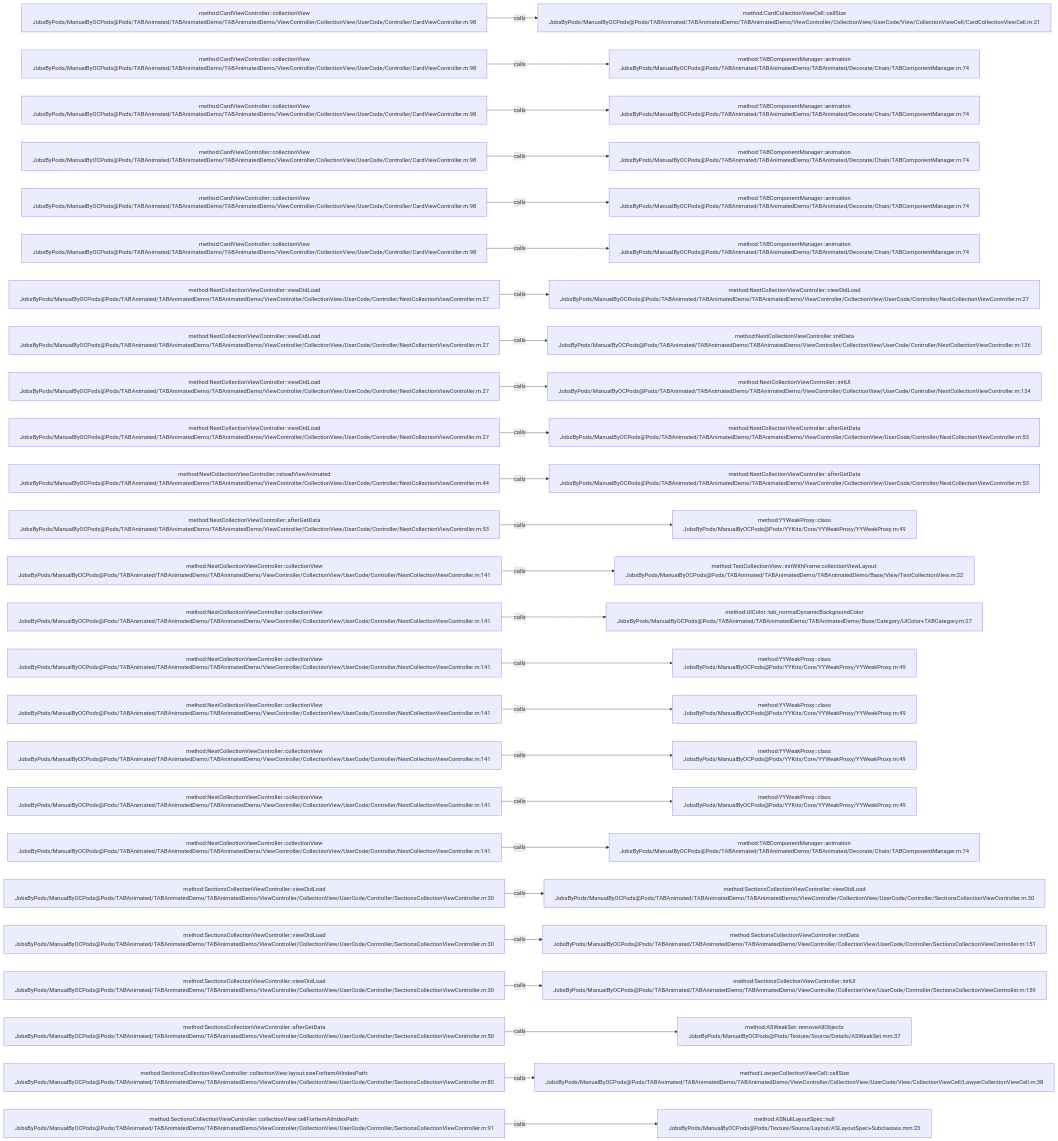
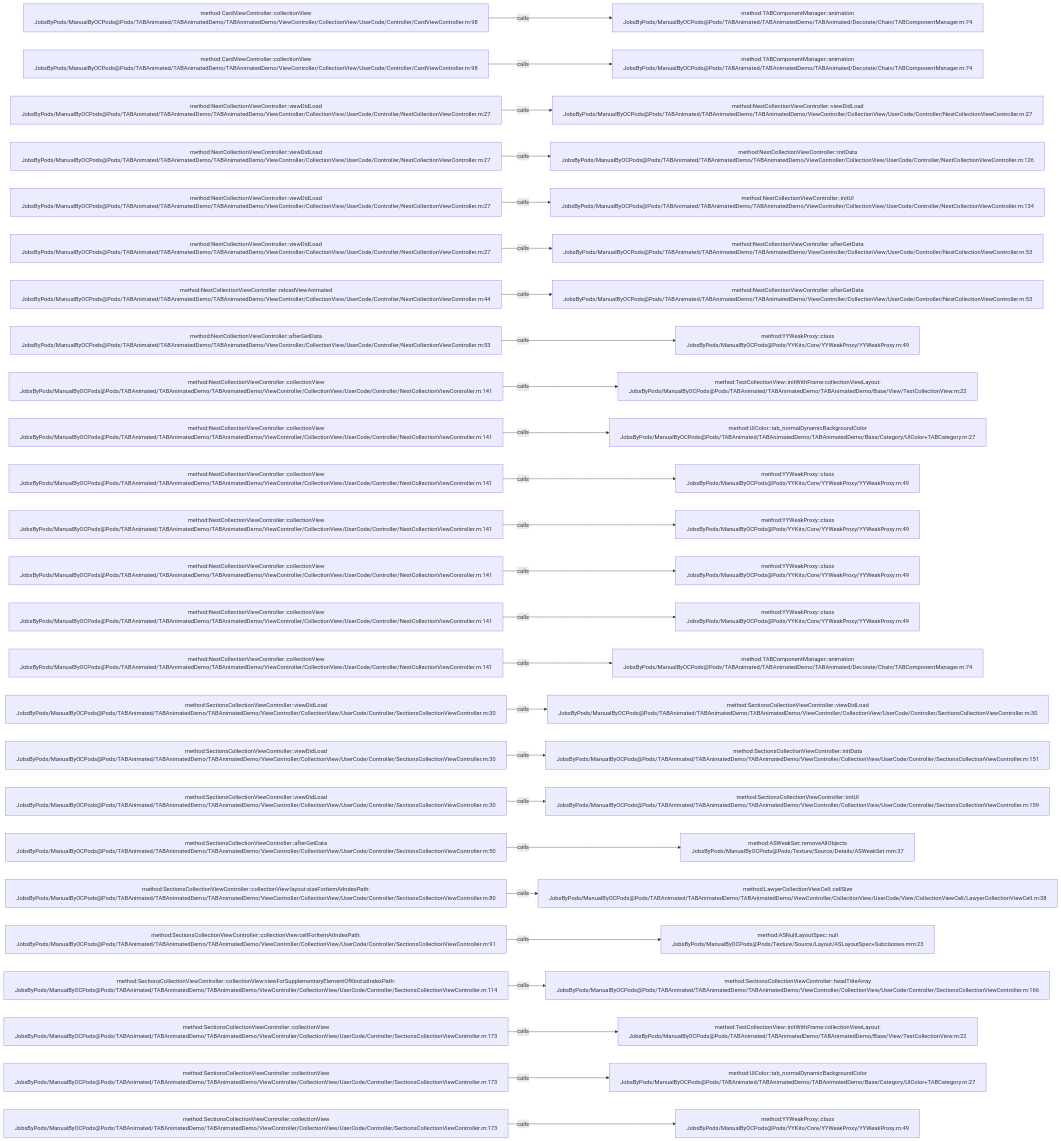
The diagram in .codegraph/codegraph.md/graphs/calls-048.md (JobsKits/JobsOCBaseConfigDemo), drawn with Mermaid before and after one commit. The commit also changed 727 other files, not shown here.

````diff
--- a/.codegraph/codegraph.md/graphs/calls-048.md
+++ b/.codegraph/codegraph.md/graphs/calls-048.md
@@ -13,78 +13,78 @@
 ```mermaid
 flowchart LR
   S1["method:CardViewController::collectionView<br/>JobsByPods/ManualByOCPods@Pods/TABAnimated/TABAnimatedDemo/TABAnimatedDemo/ViewController/CollectionView/UserCode/Controller/CardViewController.m:98"]
-  T1["method:CardCollectionViewCell::cellSize<br/>JobsByPods/ManualByOCPods@Pods/TABAnimated/TABAnimatedDemo/TABAnimatedDemo/ViewController/CollectionView/UserCode/View/CollectionViewCell/CardCollectionViewCell.m:21"]
+  T1["method:TABComponentManager::animation<br/>JobsByPods/ManualByOCPods@Pods/TABAnimated/TABAnimatedDemo/TABAnimated/Decorate/Chain/TABComponentManager.m:74"]
   S1 -->|calls| T1
   S2["method:CardViewController::collectionView<br/>JobsByPods/ManualByOCPods@Pods/TABAnimated/TABAnimatedDemo/TABAnimatedDemo/ViewController/CollectionView/UserCode/Controller/CardViewController.m:98"]
   T2["method:TABComponentManager::animation<br/>JobsByPods/ManualByOCPods@Pods/TABAnimated/TABAnimatedDemo/TABAnimated/Decorate/Chain/TABComponentManager.m:74"]
   S2 -->|calls| T2
-  S3["method:CardViewController::collectionView<br/>JobsByPods/ManualByOCPods@Pods/TABAnimated/TABAnimatedDemo/TABAnimatedDemo/ViewController/CollectionView/UserCode/Controller/CardViewController.m:98"]
-  T3["method:TABComponentManager::animation<br/>JobsByPods/ManualByOCPods@Pods/TABAnimated/TABAnimatedDemo/TABAnimated/Decorate/Chain/TABComponentManager.m:74"]
+  S3["method:NestCollectionViewController::viewDidLoad<br/>JobsByPods/ManualByOCPods@Pods/TABAnimated/TABAnimatedDemo/TABAnimatedDemo/ViewController/CollectionView/UserCode/Controller/NestCollectionViewController.m:27"]
+  T3["method:NestCollectionViewController::viewDidLoad<br/>JobsByPods/ManualByOCPods@Pods/TABAnimated/TABAnimatedDemo/TABAnimatedDemo/ViewController/CollectionView/UserCode/Controller/NestCollectionViewController.m:27"]
   S3 -->|calls| T3
-  S4["method:CardViewController::collectionView<br/>JobsByPods/ManualByOCPods@Pods/TABAnimated/TABAnimatedDemo/TABAnimatedDemo/ViewController/CollectionView/UserCode/Controller/CardViewController.m:98"]
-  T4["method:TABComponentManager::animation<br/>JobsByPods/ManualByOCPods@Pods/TABAnimated/TABAnimatedDemo/TABAnimated/Decorate/Chain/TABComponentManager.m:74"]
+  S4["method:NestCollectionViewController::viewDidLoad<br/>JobsByPods/ManualByOCPods@Pods/TABAnimated/TABAnimatedDemo/TABAnimatedDemo/ViewController/CollectionView/UserCode/Controller/NestCollectionViewController.m:27"]
+  T4["method:NestCollectionViewController::initData<br/>JobsByPods/ManualByOCPods@Pods/TABAnimated/TABAnimatedDemo/TABAnimatedDemo/ViewController/CollectionView/UserCode/Controller/NestCollectionViewController.m:126"]
   S4 -->|calls| T4
-  S5["method:CardViewController::collectionView<br/>JobsByPods/ManualByOCPods@Pods/TABAnimated/TABAnimatedDemo/TABAnimatedDemo/ViewController/CollectionView/UserCode/Controller/CardViewController.m:98"]
-  T5["method:TABComponentManager::animation<br/>JobsByPods/ManualByOCPods@Pods/TABAnimated/TABAnimatedDemo/TABAnimated/Decorate/Chain/TABComponentManager.m:74"]
+  S5["method:NestCollectionViewController::viewDidLoad<br/>JobsByPods/ManualByOCPods@Pods/TABAnimated/TABAnimatedDemo/TABAnimatedDemo/ViewController/CollectionView/UserCode/Controller/NestCollectionViewController.m:27"]
+  T5["method:NestCollectionViewController::initUI<br/>JobsByPods/ManualByOCPods@Pods/TABAnimated/TABAnimatedDemo/TABAnimatedDemo/ViewController/CollectionView/UserCode/Controller/NestCollectionViewController.m:134"]
   S5 -->|calls| T5
-  S6["method:CardViewController::collectionView<br/>JobsByPods/ManualByOCPods@Pods/TABAnimated/TABAnimatedDemo/TABAnimatedDemo/ViewController/CollectionView/UserCode/Controller/CardViewController.m:98"]
-  T6["method:TABComponentManager::animation<br/>JobsByPods/ManualByOCPods@Pods/TABAnimated/TABAnimatedDemo/TABAnimated/Decorate/Chain/TABComponentManager.m:74"]
+  S6["method:NestCollectionViewController::viewDidLoad<br/>JobsByPods/ManualByOCPods@Pods/TABAnimated/TABAnimatedDemo/TABAnimatedDemo/ViewController/CollectionView/UserCode/Controller/NestCollectionViewController.m:27"]
+  T6["method:NestCollectionViewController::afterGetData<br/>JobsByPods/ManualByOCPods@Pods/TABAnimated/TABAnimatedDemo/TABAnimatedDemo/ViewController/CollectionView/UserCode/Controller/NestCollectionViewController.m:53"]
   S6 -->|calls| T6
-  S7["method:NestCollectionViewController::viewDidLoad<br/>JobsByPods/ManualByOCPods@Pods/TABAnimated/TABAnimatedDemo/TABAnimatedDemo/ViewController/CollectionView/UserCode/Controller/NestCollectionViewController.m:27"]
-  T7["method:NestCollectionViewController::viewDidLoad<br/>JobsByPods/ManualByOCPods@Pods/TABAnimated/TABAnimatedDemo/TABAnimatedDemo/ViewController/CollectionView/UserCode/Controller/NestCollectionViewController.m:27"]
+  S7["method:NestCollectionViewController::reloadViewAnimated<br/>JobsByPods/ManualByOCPods@Pods/TABAnimated/TABAnimatedDemo/TABAnimatedDemo/ViewController/CollectionView/UserCode/Controller/NestCollectionViewController.m:44"]
+  T7["method:NestCollectionViewController::afterGetData<br/>JobsByPods/ManualByOCPods@Pods/TABAnimated/TABAnimatedDemo/TABAnimatedDemo/ViewController/CollectionView/UserCode/Controller/NestCollectionViewController.m:53"]
   S7 -->|calls| T7
-  S8["method:NestCollectionViewController::viewDidLoad<br/>JobsByPods/ManualByOCPods@Pods/TABAnimated/TABAnimatedDemo/TABAnimatedDemo/ViewController/CollectionView/UserCode/Controller/NestCollectionViewController.m:27"]
-  T8["method:NestCollectionViewController::initData<br/>JobsByPods/ManualByOCPods@Pods/TABAnimated/TABAnimatedDemo/TABAnimatedDemo/ViewController/CollectionView/UserCode/Controller/NestCollectionViewController.m:126"]
+  S8["method:NestCollectionViewController::afterGetData<br/>JobsByPods/ManualByOCPods@Pods/TABAnimated/TABAnimatedDemo/TABAnimatedDemo/ViewController/CollectionView/UserCode/Controller/NestCollectionViewController.m:53"]
+  T8["method:YYWeakProxy::class<br/>JobsByPods/ManualByOCPods@Pods/YYKits/Core/YYWeakProxy/YYWeakProxy.m:49"]
   S8 -->|calls| T8
-  S9["method:NestCollectionViewController::viewDidLoad<br/>JobsByPods/ManualByOCPods@Pods/TABAnimated/TABAnimatedDemo/TABAnimatedDemo/ViewController/CollectionView/UserCode/Controller/NestCollectionViewController.m:27"]
-  T9["method:NestCollectionViewController::initUI<br/>JobsByPods/ManualByOCPods@Pods/TABAnimated/TABAnimatedDemo/TABAnimatedDemo/ViewController/CollectionView/UserCode/Controller/NestCollectionViewController.m:134"]
+  S9["method:NestCollectionViewController::collectionView<br/>JobsByPods/ManualByOCPods@Pods/TABAnimated/TABAnimatedDemo/TABAnimatedDemo/ViewController/CollectionView/UserCode/Controller/NestCollectionViewController.m:141"]
+  T9["method:TestCollectionView::initWithFrame:collectionViewLayout:<br/>JobsByPods/ManualByOCPods@Pods/TABAnimated/TABAnimatedDemo/TABAnimatedDemo/Base/View/TestCollectionView.m:22"]
   S9 -->|calls| T9
-  S10["method:NestCollectionViewController::viewDidLoad<br/>JobsByPods/ManualByOCPods@Pods/TABAnimated/TABAnimatedDemo/TABAnimatedDemo/ViewController/CollectionView/UserCode/Controller/NestCollectionViewController.m:27"]
-  T10["method:NestCollectionViewController::afterGetData<br/>JobsByPods/ManualByOCPods@Pods/TABAnimated/TABAnimatedDemo/TABAnimatedDemo/ViewController/CollectionView/UserCode/Controller/NestCollectionViewController.m:53"]
+  S10["method:NestCollectionViewController::collectionView<br/>JobsByPods/ManualByOCPods@Pods/TABAnimated/TABAnimatedDemo/TABAnimatedDemo/ViewController/CollectionView/UserCode/Controller/NestCollectionViewController.m:141"]
+  T10["method:UIColor::tab_normalDynamicBackgroundColor<br/>JobsByPods/ManualByOCPods@Pods/TABAnimated/TABAnimatedDemo/TABAnimatedDemo/Base/Category/UIColor+TABCategory.m:27"]
   S10 -->|calls| T10
-  S11["method:NestCollectionViewController::reloadViewAnimated<br/>JobsByPods/ManualByOCPods@Pods/TABAnimated/TABAnimatedDemo/TABAnimatedDemo/ViewController/CollectionView/UserCode/Controller/NestCollectionViewController.m:44"]
-  T11["method:NestCollectionViewController::afterGetData<br/>JobsByPods/ManualByOCPods@Pods/TABAnimated/TABAnimatedDemo/TABAnimatedDemo/ViewController/CollectionView/UserCode/Controller/NestCollectionViewController.m:53"]
+  S11["method:NestCollectionViewController::collectionView<br/>JobsByPods/ManualByOCPods@Pods/TABAnimated/TABAnimatedDemo/TABAnimatedDemo/ViewController/CollectionView/UserCode/Controller/NestCollectionViewController.m:141"]
+  T11["method:YYWeakProxy::class<br/>JobsByPods/ManualByOCPods@Pods/YYKits/Core/YYWeakProxy/YYWeakProxy.m:49"]
   S11 -->|calls| T11
-  S12["method:NestCollectionViewController::afterGetData<br/>JobsByPods/ManualByOCPods@Pods/TABAnimated/TABAnimatedDemo/TABAnimatedDemo/ViewController/CollectionView/UserCode/Controller/NestCollectionViewController.m:53"]
+  S12["method:NestCollectionViewController::collectionView<br/>JobsByPods/ManualByOCPods@Pods/TABAnimated/TABAnimatedDemo/TABAnimatedDemo/ViewController/CollectionView/UserCode/Controller/NestCollectionViewController.m:141"]
   T12["method:YYWeakProxy::class<br/>JobsByPods/ManualByOCPods@Pods/YYKits/Core/YYWeakProxy/YYWeakProxy.m:49"]
   S12 -->|calls| T12
   S13["method:NestCollectionViewController::collectionView<br/>JobsByPods/ManualByOCPods@Pods/TABAnimated/TABAnimatedDemo/TABAnimatedDemo/ViewController/CollectionView/UserCode/Controller/NestCollectionViewController.m:141"]
-  T13["method:TestCollectionView::initWithFrame:collectionViewLayout:<br/>JobsByPods/ManualByOCPods@Pods/TABAnimated/TABAnimatedDemo/TABAnimatedDemo/Base/View/TestCollectionView.m:22"]
+  T13["method:YYWeakProxy::class<br/>JobsByPods/ManualByOCPods@Pods/YYKits/Core/YYWeakProxy/YYWeakProxy.m:49"]
   S13 -->|calls| T13
   S14["method:NestCollectionViewController::collectionView<br/>JobsByPods/ManualByOCPods@Pods/TABAnimated/TABAnimatedDemo/TABAnimatedDemo/ViewController/CollectionView/UserCode/Controller/NestCollectionViewController.m:141"]
-  T14["method:UIColor::tab_normalDynamicBackgroundColor<br/>JobsByPods/ManualByOCPods@Pods/TABAnimated/TABAnimatedDemo/TABAnimatedDemo/Base/Category/UIColor+TABCategory.m:27"]
+  T14["method:YYWeakProxy::class<br/>JobsByPods/ManualByOCPods@Pods/YYKits/Core/YYWeakProxy/YYWeakProxy.m:49"]
   S14 -->|calls| T14
   S15["method:NestCollectionViewController::collectionView<br/>JobsByPods/ManualByOCPods@Pods/TABAnimated/TABAnimatedDemo/TABAnimatedDemo/ViewController/CollectionView/UserCode/Controller/NestCollectionViewController.m:141"]
-  T15["method:YYWeakProxy::class<br/>JobsByPods/ManualByOCPods@Pods/YYKits/Core/YYWeakProxy/YYWeakProxy.m:49"]
+  T15["method:TABComponentManager::animation<br/>JobsByPods/ManualByOCPods@Pods/TABAnimated/TABAnimatedDemo/TABAnimated/Decorate/Chain/TABComponentManager.m:74"]
   S15 -->|calls| T15
-  S16["method:NestCollectionViewController::collectionView<br/>JobsByPods/ManualByOCPods@Pods/TABAnimated/TABAnimatedDemo/TABAnimatedDemo/ViewController/CollectionView/UserCode/Controller/NestCollectionViewController.m:141"]
-  T16["method:YYWeakProxy::class<br/>JobsByPods/ManualByOCPods@Pods/YYKits/Core/YYWeakProxy/YYWeakProxy.m:49"]
+  S16["method:SectionsCollectionViewController::viewDidLoad<br/>JobsByPods/ManualByOCPods@Pods/TABAnimated/TABAnimatedDemo/TABAnimatedDemo/ViewController/CollectionView/UserCode/Controller/SectionsCollectionViewController.m:30"]
+  T16["method:SectionsCollectionViewController::viewDidLoad<br/>JobsByPods/ManualByOCPods@Pods/TABAnimated/TABAnimatedDemo/TABAnimatedDemo/ViewController/CollectionView/UserCode/Controller/SectionsCollectionViewController.m:30"]
   S16 -->|calls| T16
-  S17["method:NestCollectionViewController::collectionView<br/>JobsByPods/ManualByOCPods@Pods/TABAnimated/TABAnimatedDemo/TABAnimatedDemo/ViewController/CollectionView/UserCode/Controller/NestCollectionViewController.m:141"]
-  T17["method:YYWeakProxy::class<br/>JobsByPods/ManualByOCPods@Pods/YYKits/Core/YYWeakProxy/YYWeakProxy.m:49"]
+  S17["method:SectionsCollectionViewController::viewDidLoad<br/>JobsByPods/ManualByOCPods@Pods/TABAnimated/TABAnimatedDemo/TABAnimatedDemo/ViewController/CollectionView/UserCode/Controller/SectionsCollectionViewController.m:30"]
+  T17["method:SectionsCollectionViewController::initData<br/>JobsByPods/ManualByOCPods@Pods/TABAnimated/TABAnimatedDemo/TABAnimatedDemo/ViewController/CollectionView/UserCode/Controller/SectionsCollectionViewController.m:151"]
   S17 -->|calls| T17
-  S18["method:NestCollectionViewController::collectionView<br/>JobsByPods/ManualByOCPods@Pods/TABAnimated/TABAnimatedDemo/TABAnimatedDemo/ViewController/CollectionView/UserCode/Controller/NestCollectionViewController.m:141"]
-  T18["method:YYWeakProxy::class<br/>JobsByPods/ManualByOCPods@Pods/YYKits/Core/YYWeakProxy/YYWeakProxy.m:49"]
+  S18["method:SectionsCollectionViewController::viewDidLoad<br/>JobsByPods/ManualByOCPods@Pods/TABAnimated/TABAnimatedDemo/TABAnimatedDemo/ViewController/CollectionView/UserCode/Controller/SectionsCollectionViewController.m:30"]
+  T18["method:SectionsCollectionViewController::initUI<br/>JobsByPods/ManualByOCPods@Pods/TABAnimated/TABAnimatedDemo/TABAnimatedDemo/ViewController/CollectionView/UserCode/Controller/SectionsCollectionViewController.m:159"]
   S18 -->|calls| T18
-  S19["method:NestCollectionViewController::collectionView<br/>JobsByPods/ManualByOCPods@Pods/TABAnimated/TABAnimatedDemo/TABAnimatedDemo/ViewController/CollectionView/UserCode/Controller/NestCollectionViewController.m:141"]
-  T19["method:TABComponentManager::animation<br/>JobsByPods/ManualByOCPods@Pods/TABAnimated/TABAnimatedDemo/TABAnimated/Decorate/Chain/TABComponentManager.m:74"]
+  S19["method:SectionsCollectionViewController::afterGetData<br/>JobsByPods/ManualByOCPods@Pods/TABAnimated/TABAnimatedDemo/TABAnimatedDemo/ViewController/CollectionView/UserCode/Controller/SectionsCollectionViewController.m:50"]
+  T19["method:ASWeakSet::removeAllObjects<br/>JobsByPods/ManualByOCPods@Pods/Texture/Source/Details/ASWeakSet.mm:37"]
   S19 -->|calls| T19
-  S20["method:SectionsCollectionViewController::viewDidLoad<br/>JobsByPods/ManualByOCPods@Pods/TABAnimated/TABAnimatedDemo/TABAnimatedDemo/ViewController/CollectionView/UserCode/Controller/SectionsCollectionViewController.m:30"]
-  T20["method:SectionsCollectionViewController::viewDidLoad<br/>JobsByPods/ManualByOCPods@Pods/TABAnimated/TABAnimatedDemo/TABAnimatedDemo/ViewController/CollectionView/UserCode/Controller/SectionsCollectionViewController.m:30"]
+  S20["method:SectionsCollectionViewController::collectionView:layout:sizeForItemAtIndexPath:<br/>JobsByPods/ManualByOCPods@Pods/TABAnimated/TABAnimatedDemo/TABAnimatedDemo/ViewController/CollectionView/UserCode/Controller/SectionsCollectionViewController.m:80"]
+  T20["method:LawyerCollectionViewCell::cellSize<br/>JobsByPods/ManualByOCPods@Pods/TABAnimated/TABAnimatedDemo/TABAnimatedDemo/ViewController/CollectionView/UserCode/View/CollectionViewCell/LawyerCollectionViewCell.m:38"]
   S20 -->|calls| T20
-  S21["method:SectionsCollectionViewController::viewDidLoad<br/>JobsByPods/ManualByOCPods@Pods/TABAnimated/TABAnimatedDemo/TABAnimatedDemo/ViewController/CollectionView/UserCode/Controller/SectionsCollectionViewController.m:30"]
-  T21["method:SectionsCollectionViewController::initData<br/>JobsByPods/ManualByOCPods@Pods/TABAnimated/TABAnimatedDemo/TABAnimatedDemo/ViewController/CollectionView/UserCode/Controller/SectionsCollectionViewController.m:151"]
+  S21["method:SectionsCollectionViewController::collectionView:cellForItemAtIndexPath:<br/>JobsByPods/ManualByOCPods@Pods/TABAnimated/TABAnimatedDemo/TABAnimatedDemo/ViewController/CollectionView/UserCode/Controller/SectionsCollectionViewController.m:91"]
+  T21["method:ASNullLayoutSpec::null<br/>JobsByPods/ManualByOCPods@Pods/Texture/Source/Layout/ASLayoutSpec+Subclasses.mm:23"]
   S21 -->|calls| T21
-  S22["method:SectionsCollectionViewController::viewDidLoad<br/>JobsByPods/ManualByOCPods@Pods/TABAnimated/TABAnimatedDemo/TABAnimatedDemo/ViewController/CollectionView/UserCode/Controller/SectionsCollectionViewController.m:30"]
-  T22["method:SectionsCollectionViewController::initUI<br/>JobsByPods/ManualByOCPods@Pods/TABAnimated/TABAnimatedDemo/TABAnimatedDemo/ViewController/CollectionView/UserCode/Controller/SectionsCollectionViewController.m:159"]
+  S22["method:SectionsCollectionViewController::collectionView:viewForSupplementaryElementOfKind:atIndexPath:<br/>JobsByPods/ManualByOCPods@Pods/TABAnimated/TABAnimatedDemo/TABAnimatedDemo/ViewController/CollectionView/UserCode/Controller/SectionsCollectionViewController.m:114"]
+  T22["method:SectionsCollectionViewController::headTitleArray<br/>JobsByPods/ManualByOCPods@Pods/TABAnimated/TABAnimatedDemo/TABAnimatedDemo/ViewController/CollectionView/UserCode/Controller/SectionsCollectionViewController.m:166"]
   S22 -->|calls| T22
-  S23["method:SectionsCollectionViewController::afterGetData<br/>JobsByPods/ManualByOCPods@Pods/TABAnimated/TABAnimatedDemo/TABAnimatedDemo/ViewController/CollectionView/UserCode/Controller/SectionsCollectionViewController.m:50"]
-  T23["method:ASWeakSet::removeAllObjects<br/>JobsByPods/ManualByOCPods@Pods/Texture/Source/Details/ASWeakSet.mm:37"]
+  S23["method:SectionsCollectionViewController::collectionView<br/>JobsByPods/ManualByOCPods@Pods/TABAnimated/TABAnimatedDemo/TABAnimatedDemo/ViewController/CollectionView/UserCode/Controller/SectionsCollectionViewController.m:173"]
+  T23["method:TestCollectionView::initWithFrame:collectionViewLayout:<br/>JobsByPods/ManualByOCPods@Pods/TABAnimated/TABAnimatedDemo/TABAnimatedDemo/Base/View/TestCollectionView.m:22"]
   S23 -->|calls| T23
-  S24["method:SectionsCollectionViewController::collectionView:layout:sizeForItemAtIndexPath:<br/>JobsByPods/ManualByOCPods@Pods/TABAnimated/TABAnimatedDemo/TABAnimatedDemo/ViewController/CollectionView/UserCode/Controller/SectionsCollectionViewController.m:80"]
-  T24["method:LawyerCollectionViewCell::cellSize<br/>JobsByPods/ManualByOCPods@Pods/TABAnimated/TABAnimatedDemo/TABAnimatedDemo/ViewController/CollectionView/UserCode/View/CollectionViewCell/LawyerCollectionViewCell.m:38"]
+  S24["method:SectionsCollectionViewController::collectionView<br/>JobsByPods/ManualByOCPods@Pods/TABAnimated/TABAnimatedDemo/TABAnimatedDemo/ViewController/CollectionView/UserCode/Controller/SectionsCollectionViewController.m:173"]
+  T24["method:UIColor::tab_normalDynamicBackgroundColor<br/>JobsByPods/ManualByOCPods@Pods/TABAnimated/TABAnimatedDemo/TABAnimatedDemo/Base/Category/UIColor+TABCategory.m:27"]
   S24 -->|calls| T24
-  S25["method:SectionsCollectionViewController::collectionView:cellForItemAtIndexPath:<br/>JobsByPods/ManualByOCPods@Pods/TABAnimated/TABAnimatedDemo/TABAnimatedDemo/ViewController/CollectionView/UserCode/Controller/SectionsCollectionViewController.m:91"]
-  T25["method:ASNullLayoutSpec::null<br/>JobsByPods/ManualByOCPods@Pods/Texture/Source/Layout/ASLayoutSpec+Subclasses.mm:23"]
+  S25["method:SectionsCollectionViewController::collectionView<br/>JobsByPods/ManualByOCPods@Pods/TABAnimated/TABAnimatedDemo/TABAnimatedDemo/ViewController/CollectionView/UserCode/Controller/SectionsCollectionViewController.m:173"]
+  T25["method:YYWeakProxy::class<br/>JobsByPods/ManualByOCPods@Pods/YYKits/Core/YYWeakProxy/YYWeakProxy.m:49"]
   S25 -->|calls| T25
 ```
````
